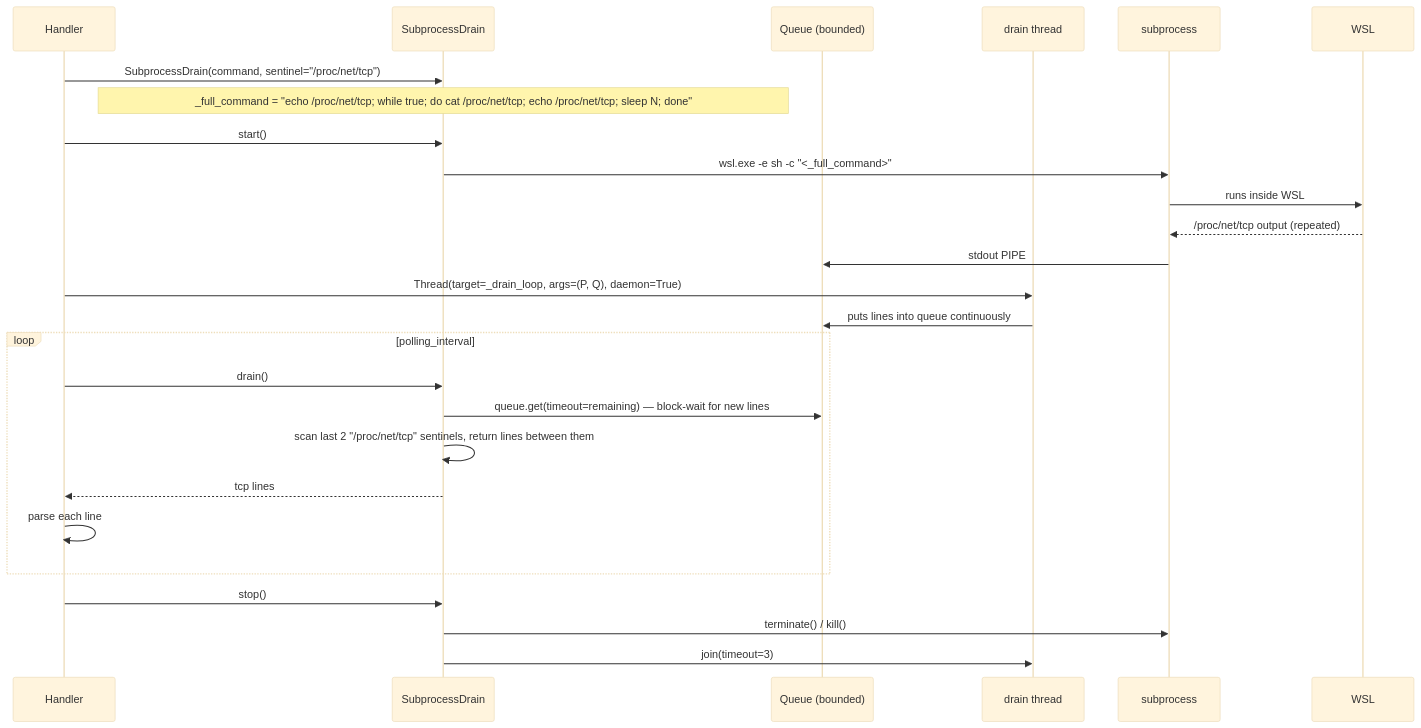
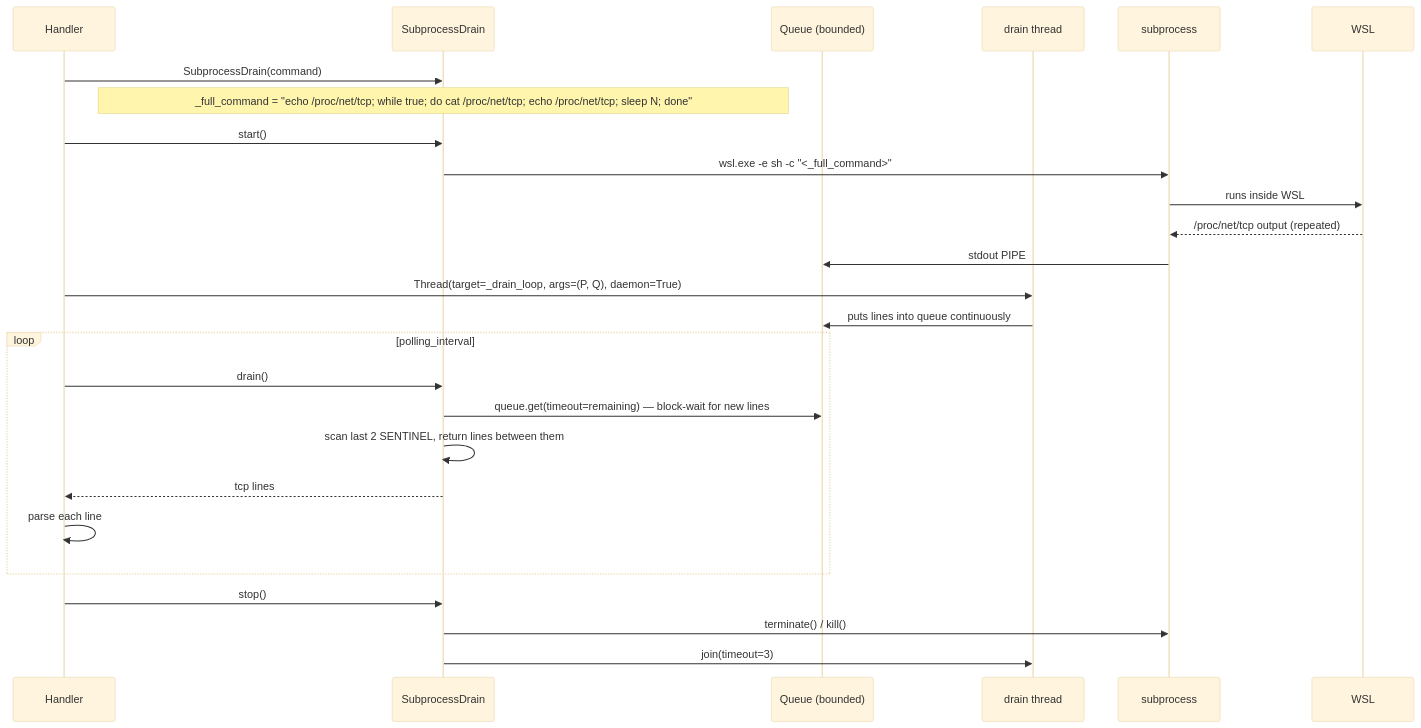
One commit to JonathanKChang/llm_wakelock_windows changed the third of 3 diagrams in docs/sequence-diagram.md. Above: the diagram before and after it, drawn with Mermaid (base theme). The commit also changed other lines of this file and 4 other files, not shown here.

````diff
--- a/docs/sequence-diagram.md
+++ b/docs/sequence-diagram.md
@@ -116,32 +116,32 @@
 ```mermaid
 sequenceDiagram
     participant H as Handler
     participant DD as SubprocessDrain
     participant Q as Queue (bounded)
     participant T as drain thread
     participant P as subprocess
     participant OS as WSL
 
-    H->>DD: SubprocessDrain(command, sentinel="/proc/net/tcp")
+    H->>DD: SubprocessDrain(command)
     Note over DD: _full_command = "echo /proc/net/tcp#59; while true#59; do cat /proc/net/tcp#59; echo /proc/net/tcp#59; sleep N#59; done"
 
     H->>DD: start()
     DD->>P: wsl.exe -e sh -c "<_full_command>"
     P->>OS: runs inside WSL
     OS-->>P: /proc/net/tcp output (repeated)
     P->>Q: stdout PIPE
     H->>T: Thread(target=_drain_loop, args=(P, Q), daemon=True)
     T->>Q: puts lines into queue continuously
 
     loop polling_interval
         H->>DD: drain()
         DD->>Q: queue.get(timeout=remaining) — block-wait for new lines
-        DD->>DD: scan last 2 "/proc/net/tcp" sentinels, return lines between them
+        DD->>DD: scan last 2 SENTINEL, return lines between them
         DD-->>H: tcp lines
         H->>H: parse each line
     end
 
     H->>DD: stop()
     DD->>P: terminate() / kill()
     DD->>T: join(timeout=3)
 ```
````
